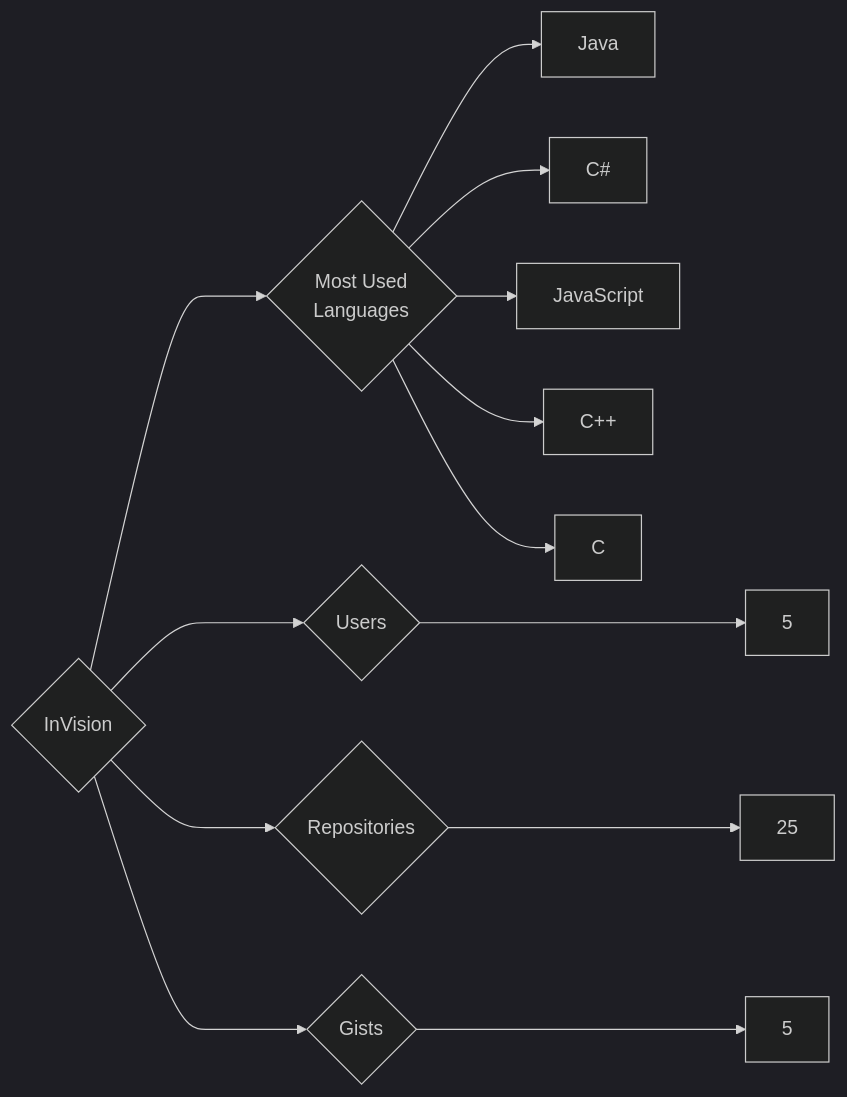
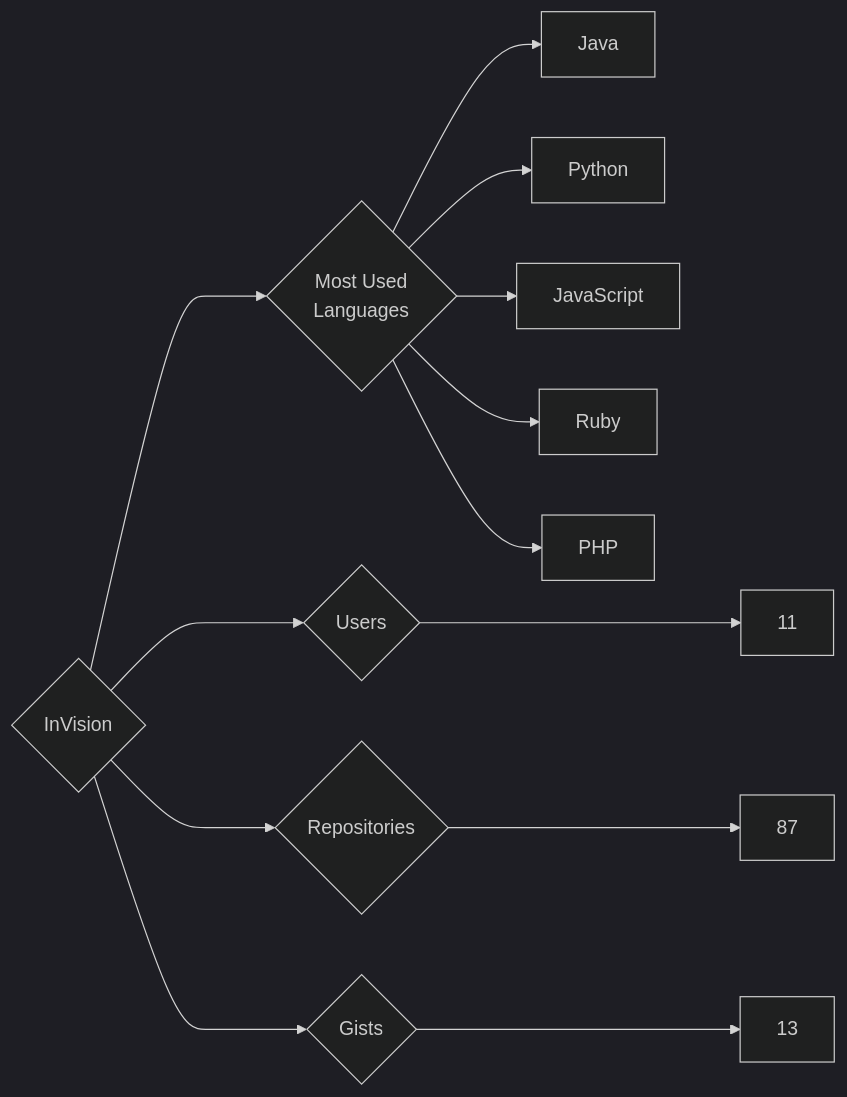
The diagram in targets/InVision/README.md (trickest/insiders), drawn with Mermaid (dark theme) before and after one commit. The commit also changed 1141 other files, not shown here.

````diff
--- a/targets/InVision/README.md
+++ b/targets/InVision/README.md
@@ -3,13 +3,13 @@
 ```mermaid
 graph LR
 COMPANY_NAME{InVision}
-COMPANY_NAME ---> U{Users} ---> UN[5]
-COMPANY_NAME ---> R{Repositories} ---> RN[25]
-COMPANY_NAME ---> G{Gists} ---> GN[5]
+COMPANY_NAME ---> U{Users} ---> UN[11]
+COMPANY_NAME ---> R{Repositories} ---> RN[87]
+COMPANY_NAME ---> G{Gists} ---> GN[13]
 COMPANY_NAME ---> ML{Most Used<br>Languages}
 ML --> Java[Java]
-ML --> C#[C#]
+ML --> Python[Python]
 ML --> JavaScript[JavaScript]
-ML --> C++[C++]
-ML --> C[C]
+ML --> Ruby[Ruby]
+ML --> PHP[PHP]
 ```
````
